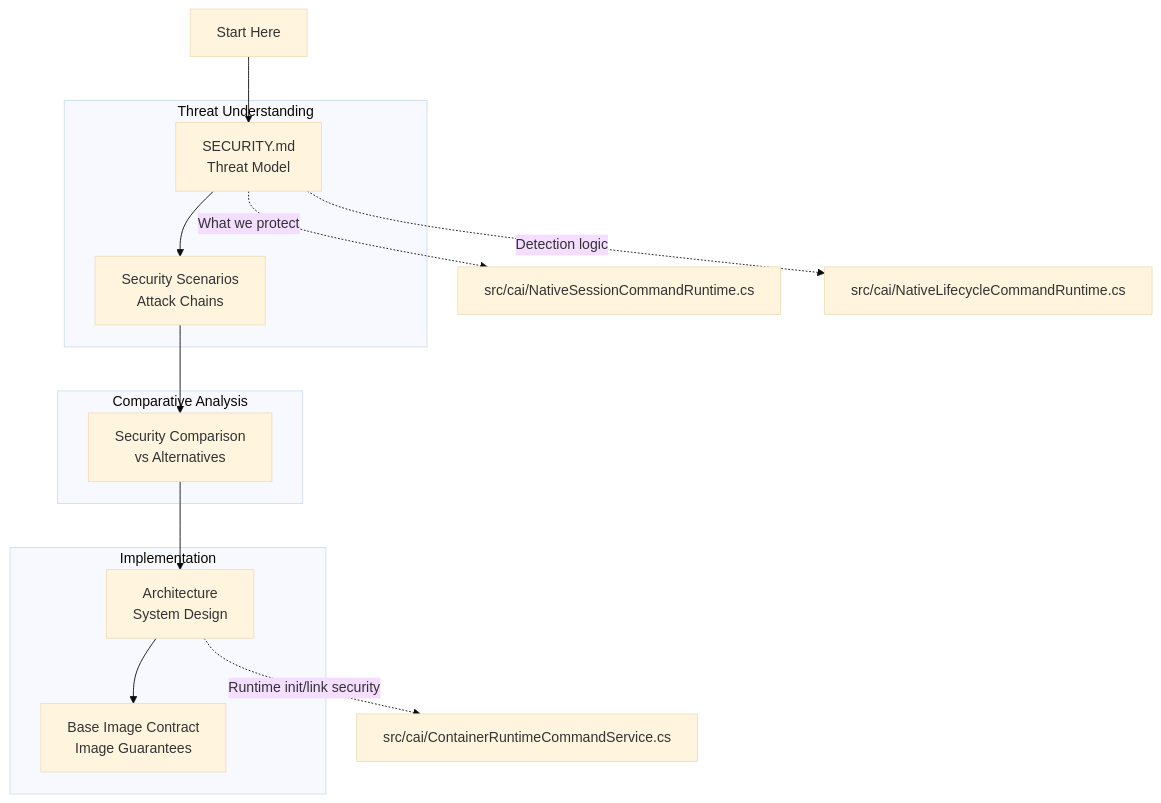
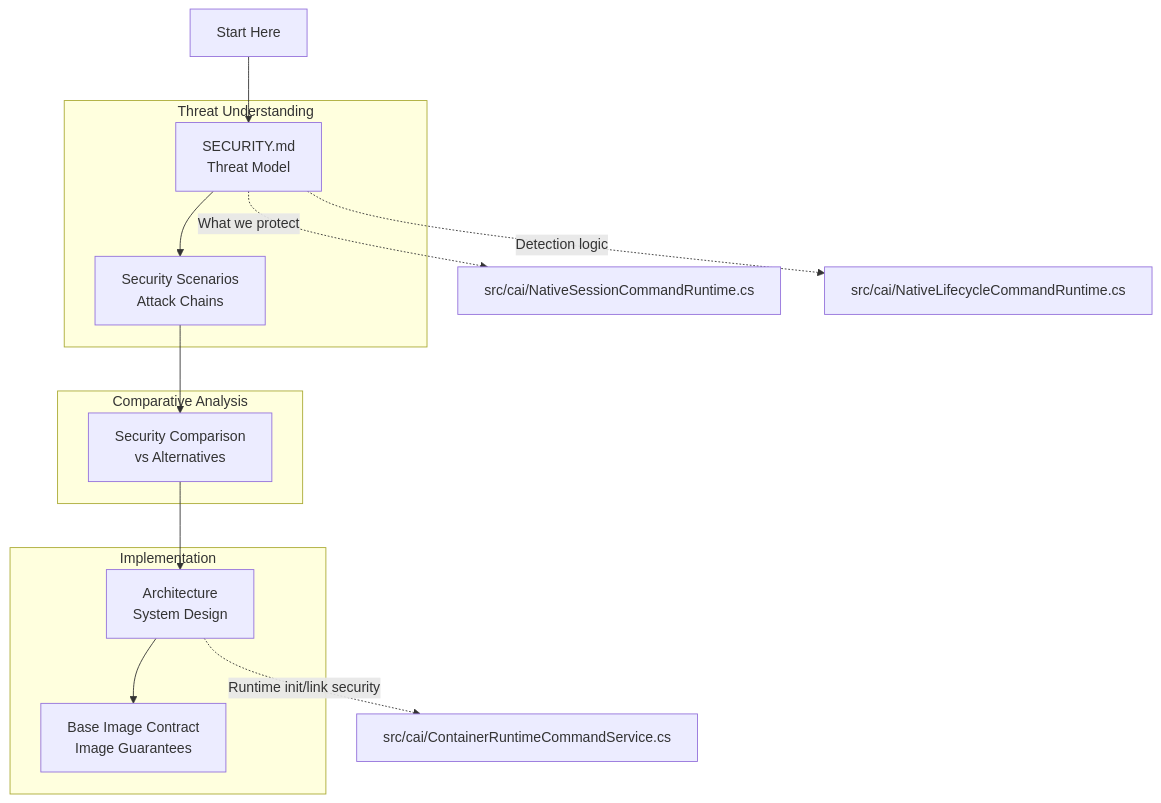
Before and after one commit to novotnyllc/ContainAI: the diagram in docs/for-security-auditors.md, drawn with Mermaid. The commit also changed 15 other files, not shown here.

Commit message:
Remove Mermaid theme overrides from docs diagrams

````diff
--- a/docs/for-security-auditors.md
+++ b/docs/for-security-auditors.md
@@ -23,35 +23,34 @@
 ```mermaid
-%%{init: {'theme': 'base'}}%%
 flowchart TD
 
     START["Start Here"]
     SM["SECURITY.md<br/>Threat Model"]
     SS["Security Scenarios<br/>Attack Chains"]
     SC["Security Comparison<br/>vs Alternatives"]
     ARCH["Architecture<br/>System Design"]
     BIC["Base Image Contract<br/>Image Guarantees"]
 
     START --> SM
     SM --> SS
     SS --> SC
     SC --> ARCH
     ARCH --> BIC
 
     subgraph threat["Threat Understanding"]
         SM
         SS
     end
 
     subgraph comparison["Comparative Analysis"]
         SC
     end
 
     subgraph implementation["Implementation"]
         ARCH
         BIC
     end
 
     SM -.->|"What we protect"| SRC1["src/cai/NativeSessionCommandRuntime.cs"]
     SM -.->|"Detection logic"| SRC2["src/cai/NativeLifecycleCommandRuntime.cs"]
     ARCH -.->|"Runtime init/link security"| SRC3["src/cai/ContainerRuntimeCommandService.cs"]
 ```
````
